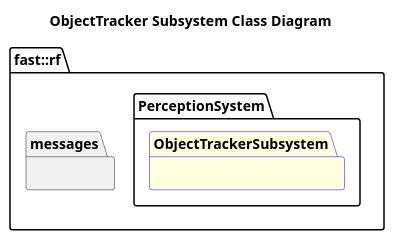
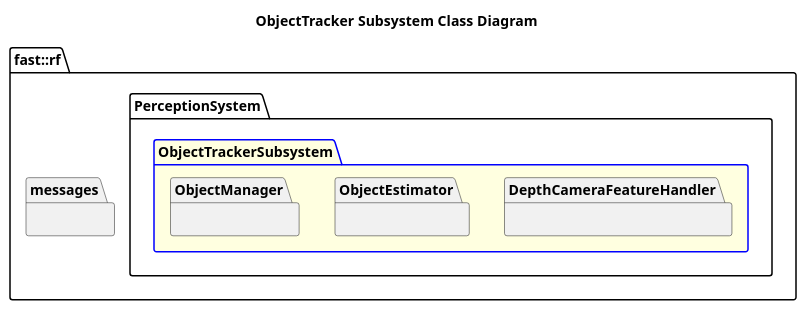
One commit to fastrobotics/robot_framework changed the diagram in Systems/Perception/Subsystems/ObjectTracker/doc/puml/ObjectTrackerSubsystemClassDiagram.puml. Above: the diagram before and after it, drawn with PlantUML. The commit also changed 5 other files, not shown here.

```diff
--- a/Systems/Perception/Subsystems/ObjectTracker/doc/puml/ObjectTrackerSubsystemClassDiagram.puml
+++ b/Systems/Perception/Subsystems/ObjectTracker/doc/puml/ObjectTrackerSubsystemClassDiagram.puml
@@ -2,11 +2,20 @@
 @startuml
 title ObjectTracker Subsystem Class Diagram
 namespace fast::rf {
   namespace messages {
   }
   namespace PerceptionSystem {
     package ObjectTrackerSubsystem #LightYellow;line:blue {
+        namespace DepthCameraFeatureHandler {
+
+        }
+        namespace ObjectEstimator {
+
+        }
+        namespace ObjectManager {
+            
+        }
     }
   }
 }
 @enduml
```
